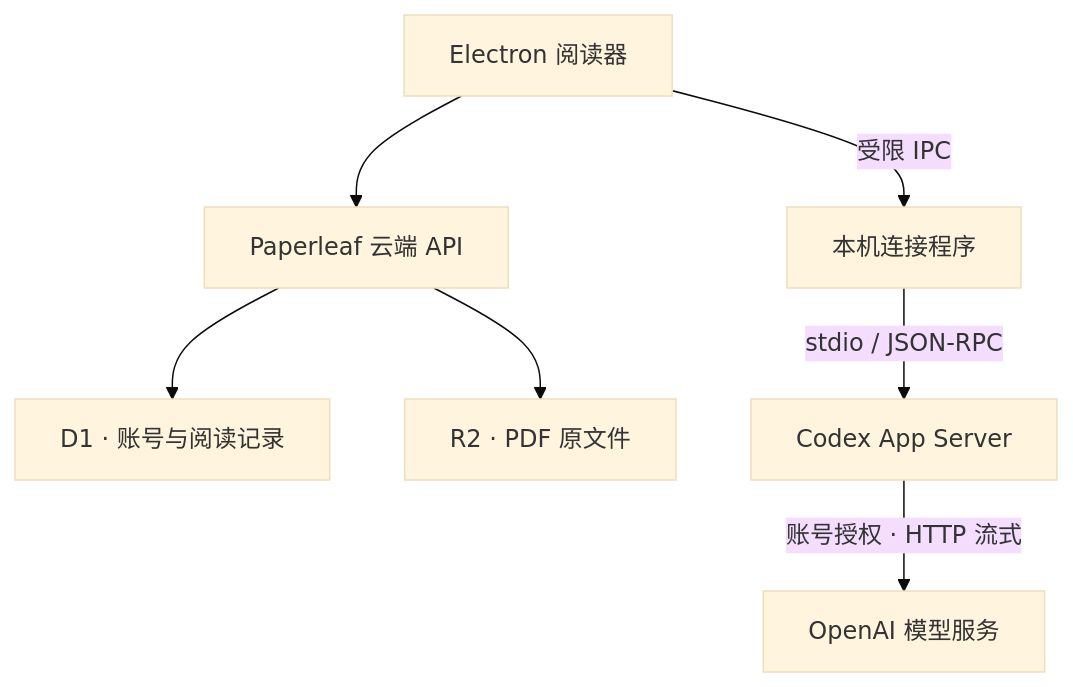
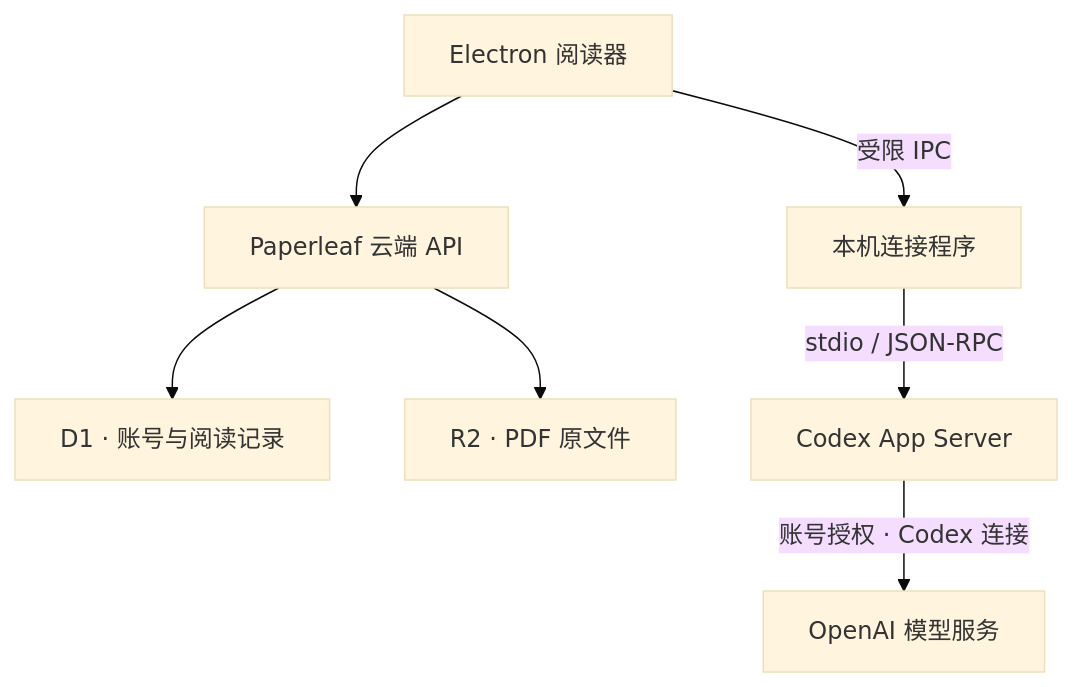
The diagram in README.md (XCZchaos/paperleaf-reader), drawn with Mermaid (base theme) before and after one commit. The commit also changed other lines of this file and 9 other files, not shown here.

````diff
--- a/README.md
+++ b/README.md
@@ -183,9 +187,9 @@
 ```mermaid
 flowchart TB
   Desktop["Electron 阅读器"] --> API["Paperleaf 云端 API"]
   API --> D1["D1 · 账号与阅读记录"]
   API --> R2["R2 · PDF 原文件"]
   Desktop -->|"受限 IPC"| Bridge["本机连接程序"]
   Bridge -->|"stdio / JSON-RPC"| Codex["Codex App Server"]
-  Codex -->|"账号授权 · HTTP 流式"| Model["OpenAI 模型服务"]
+  Codex -->|"账号授权 · Codex 连接"| Model["OpenAI 模型服务"]
 ```
````
